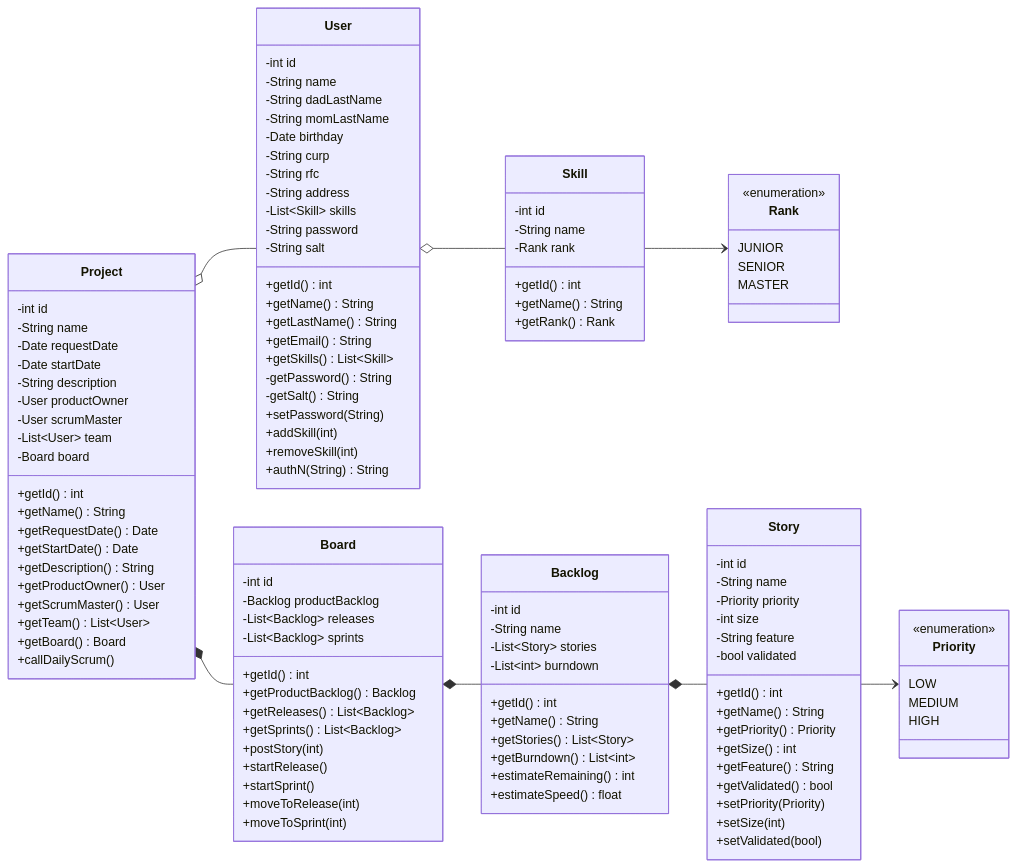
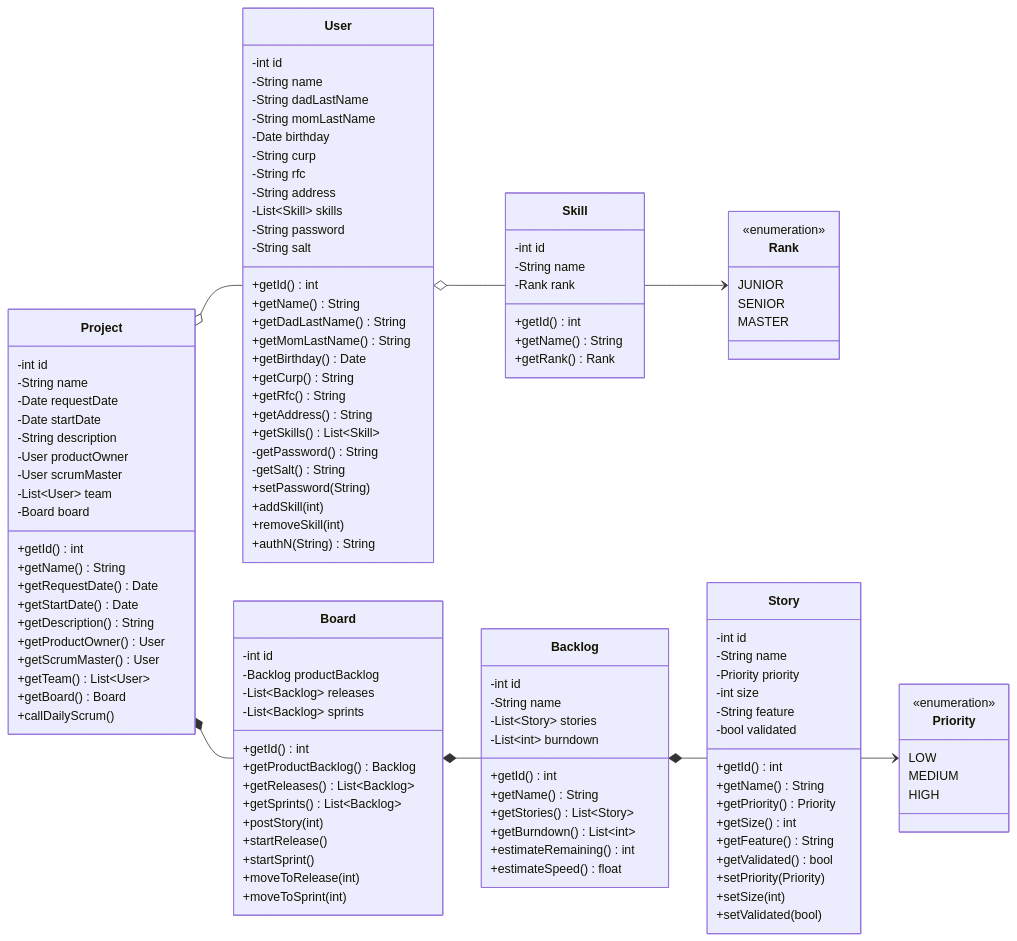
The diagram in README.md (SaidSanchez/ManejadorDeProyectos), drawn with Mermaid before and after one commit. The commit also changed other lines of this file and 9 other files, not shown here.

```diff
--- a/README.md
+++ b/README.md
@@ -54,8 +54,12 @@
 		-String salt
 		+getId() int
 		+getName() String
-		+getLastName() String
-		+getEmail() String
+		+getDadLastName() String
+		+getMomLastName() String
+		+getBirthday() Date
+		+getCurp() String
+		+getRfc() String
+		+getAddress() String
 		+getSkills() List~Skill~
 		-getPassword() String
 		-getSalt() String
```
